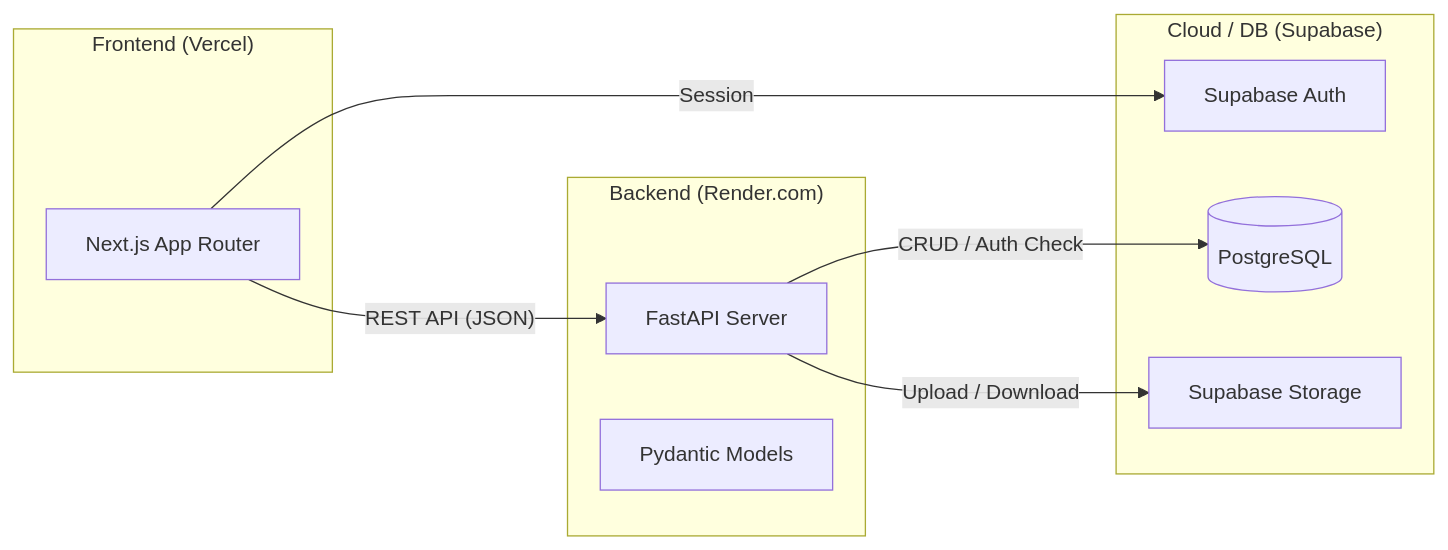
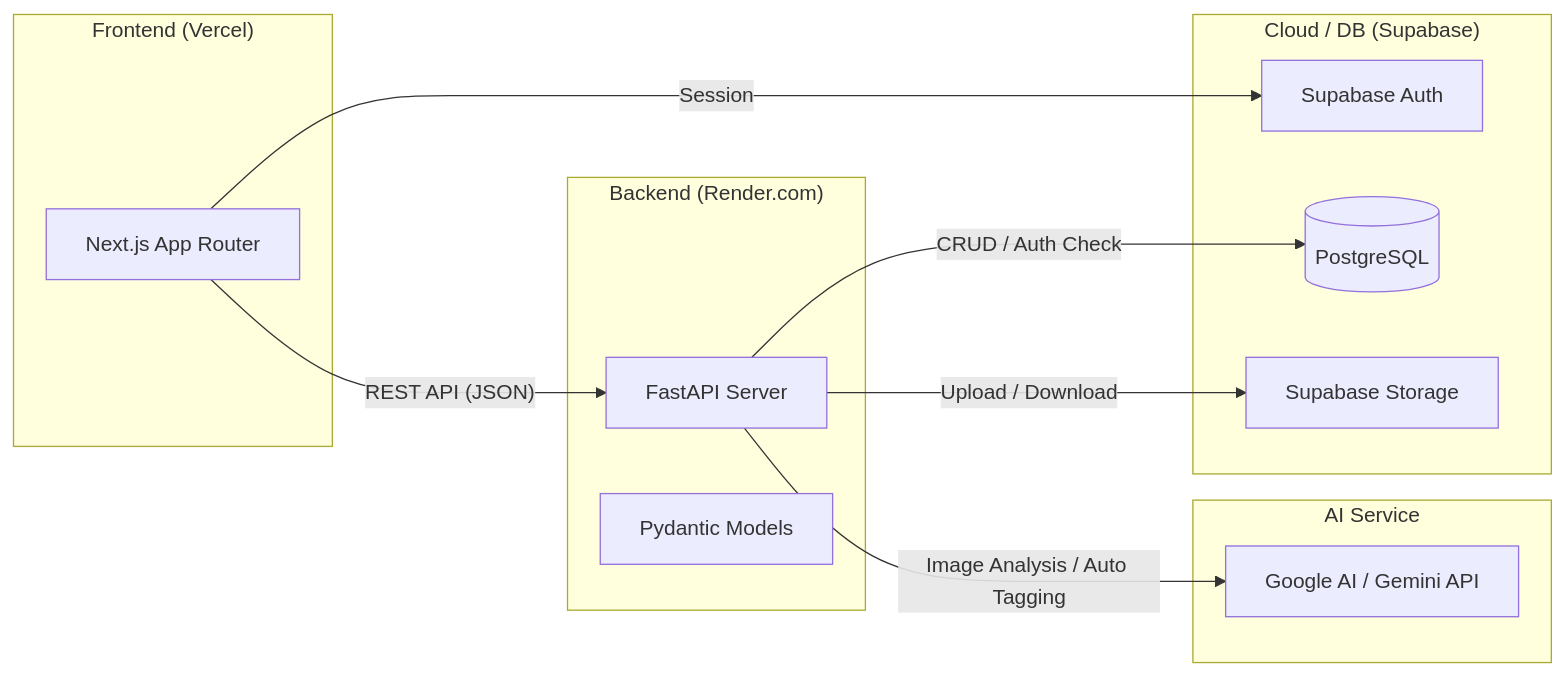
One commit to takeshi-cyugun/cosetton changed the diagram in README.md. Above: the diagram before and after it, drawn with Mermaid. The commit also changed other lines of this file, not shown here.

````diff
--- a/README.md
+++ b/README.md
@@ -24,22 +26,27 @@
 ```mermaid
 graph LR
     subgraph "Frontend (Vercel)"
         NextJS[Next.js App Router]
     end
 
     subgraph "Backend (Render.com)"
         FastAPI[FastAPI Server]
         Pydantic[Pydantic Models]
     end
 
     subgraph "Cloud / DB (Supabase)"
         Auth[Supabase Auth]
         DB[(PostgreSQL)]
         Storage[Supabase Storage]
     end
 
+    subgraph "AI Service"
+        Gemini[Google AI / Gemini API]
+    end
+
     NextJS -- "REST API (JSON)" --> FastAPI
     FastAPI -- "CRUD / Auth Check" --> DB
     FastAPI -- "Upload / Download" --> Storage
+    FastAPI -- "Image Analysis / Auto Tagging" --> Gemini
     NextJS -- "Session" --> Auth
 ```
````
